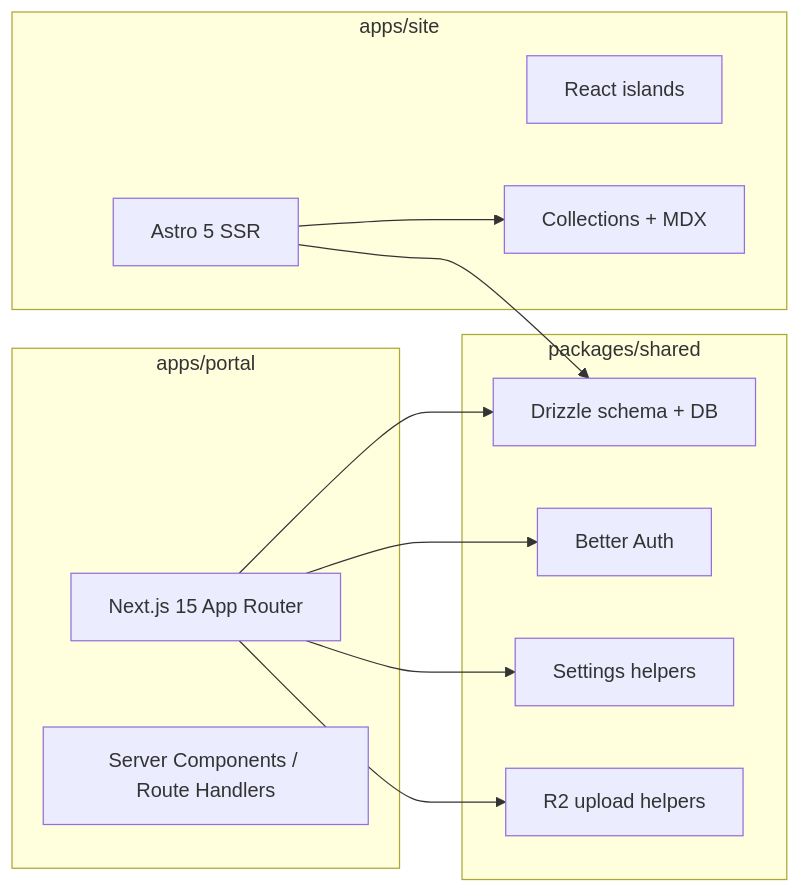
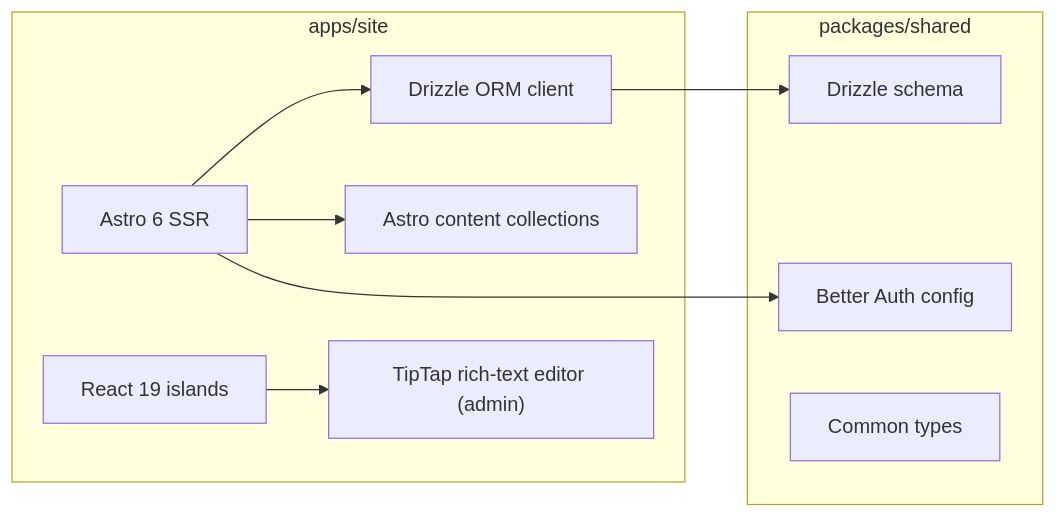
Before and after one commit to stevenfackley/steveackley-website: the diagram in docs/STACK_ARCHITECTURE.md, drawn with Mermaid. The commit also changed other lines of this file and 9 other files, not shown here.

````diff
--- a/docs/STACK_ARCHITECTURE.md
+++ b/docs/STACK_ARCHITECTURE.md
@@ -5,27 +5,22 @@
 ```mermaid
 flowchart LR
-    subgraph Site["apps/site"]
-      astro["Astro 5 SSR"]
-      react["React islands"]
-      collections["Collections + MDX"]
-    end
-
-    subgraph Portal["apps/portal"]
-      next["Next.js 15 App Router"]
-      server["Server Components / Route Handlers"]
+    subgraph App["apps/site"]
+      astro["Astro 6 SSR"]
+      react["React 19 islands"]
+      collections["Astro content collections"]
+      tiptap["TipTap rich-text editor (admin)"]
+      drizzleClient["Drizzle ORM client"]
     end
 
     subgraph Shared["packages/shared"]
-      db["Drizzle schema + DB"]
-      auth["Better Auth"]
-      settings["Settings helpers"]
-      upload["R2 upload helpers"]
+      schema["Drizzle schema"]
+      auth["Better Auth config"]
+      types["Common types"]
     end
 
-    astro --> db
+    astro --> drizzleClient
     astro --> collections
-    next --> auth
-    next --> db
-    next --> settings
-    next --> upload
+    react --> tiptap
+    drizzleClient --> schema
+    astro --> auth
 ```
````
